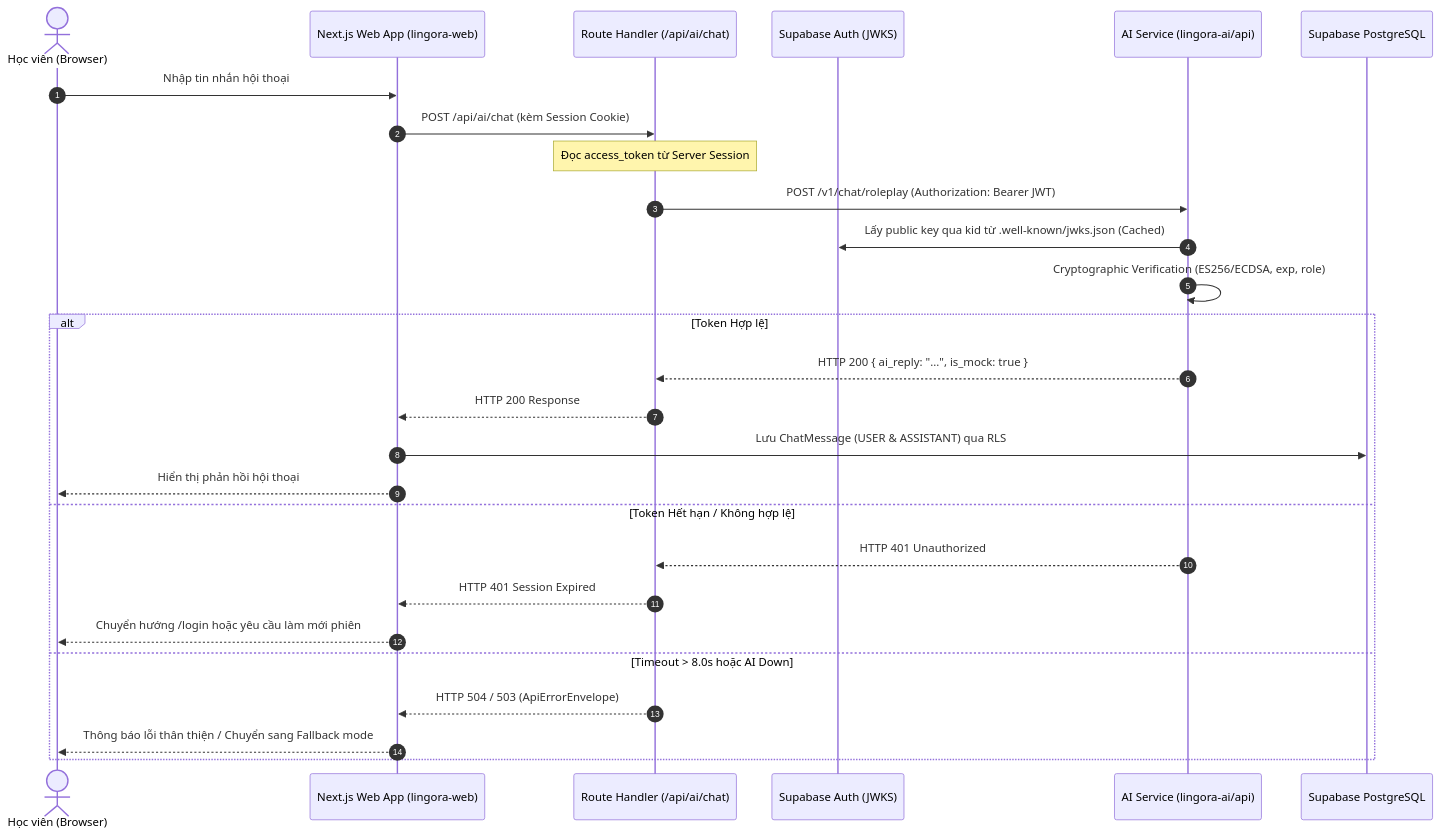
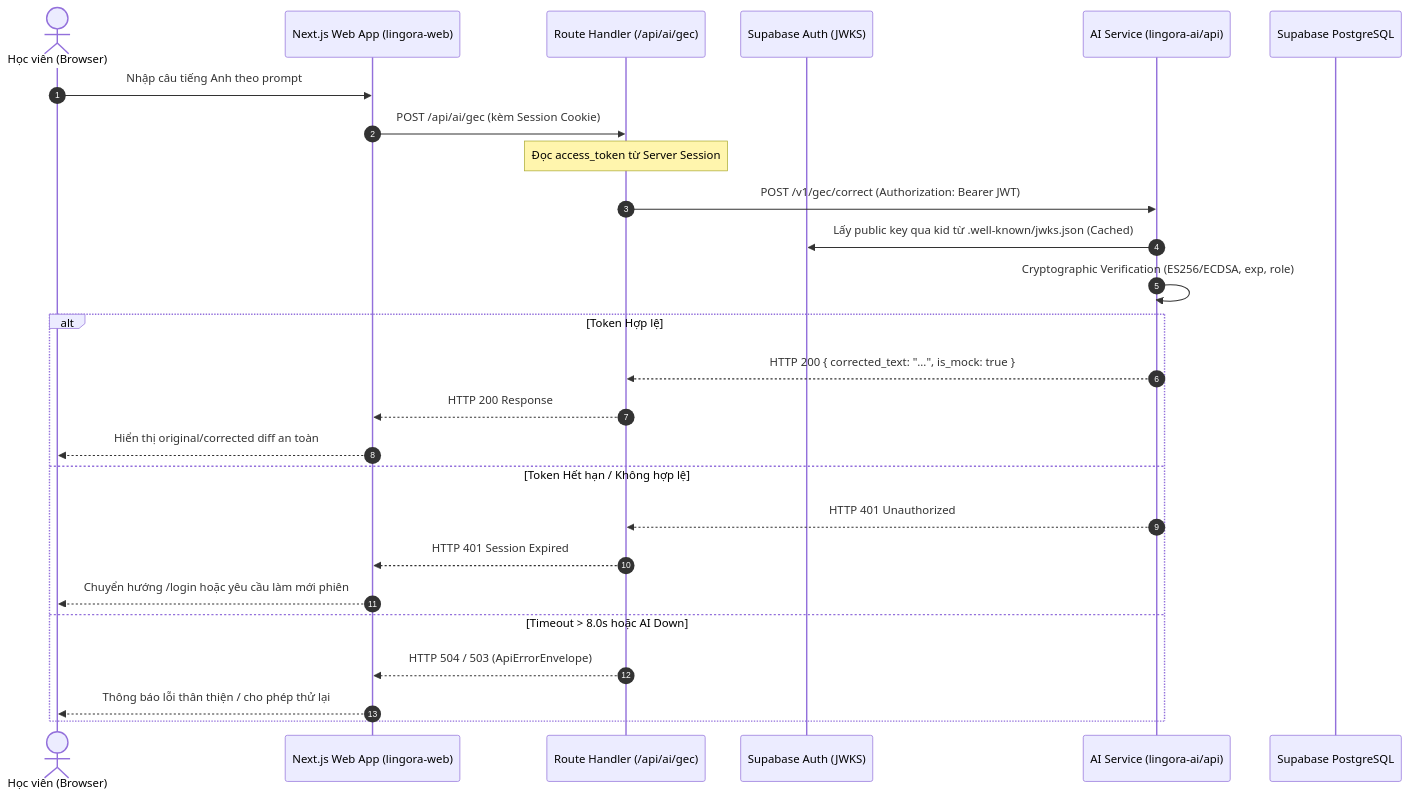
The second of 3 diagrams in docs/06-system-analysis.md (PhamNguyenThanhTung/lingora-workspace), drawn with Mermaid before and after one commit. The commit also changed other lines of this file and 16 other files, not shown here.

````diff
--- a/docs/06-system-analysis.md
+++ b/docs/06-system-analysis.md
@@ -185,30 +181,29 @@
 ```mermaid
 sequenceDiagram
     autonumber
     actor Learner as Học viên (Browser)
     participant NextWeb as Next.js Web App (lingora-web)
-    participant RouteHandler as Route Handler (/api/ai/chat)
+    participant RouteHandler as Route Handler (/api/ai/gec)
     participant SupaAuth as Supabase Auth (JWKS)
     participant FastAPI as AI Service (lingora-ai/api)
     participant SupaDB as Supabase PostgreSQL
 
-    Learner->>NextWeb: Nhập tin nhắn hội thoại
-    NextWeb->>RouteHandler: POST /api/ai/chat (kèm Session Cookie)
+    Learner->>NextWeb: Nhập câu tiếng Anh theo prompt
+    NextWeb->>RouteHandler: POST /api/ai/gec (kèm Session Cookie)
     Note over RouteHandler: Đọc access_token từ Server Session
-    RouteHandler->>FastAPI: POST /v1/chat/roleplay (Authorization: Bearer JWT)
+    RouteHandler->>FastAPI: POST /v1/gec/correct (Authorization: Bearer JWT)
     FastAPI->>SupaAuth: Lấy public key qua kid từ .well-known/jwks.json (Cached)
     FastAPI->>FastAPI: Cryptographic Verification (ES256/ECDSA, exp, role)
     alt Token Hợp lệ
-        FastAPI-->>RouteHandler: HTTP 200 { ai_reply: "...", is_mock: true }
+        FastAPI-->>RouteHandler: HTTP 200 { corrected_text: "...", is_mock: true }
         RouteHandler-->>NextWeb: HTTP 200 Response
-        NextWeb->>SupaDB: Lưu ChatMessage (USER & ASSISTANT) qua RLS
-        NextWeb-->>Learner: Hiển thị phản hồi hội thoại
+        NextWeb-->>Learner: Hiển thị original/corrected diff an toàn
     else Token Hết hạn / Không hợp lệ
         FastAPI-->>RouteHandler: HTTP 401 Unauthorized
         RouteHandler-->>NextWeb: HTTP 401 Session Expired
         NextWeb-->>Learner: Chuyển hướng /login hoặc yêu cầu làm mới phiên
     else Timeout > 8.0s hoặc AI Down
         RouteHandler-->>NextWeb: HTTP 504 / 503 (ApiErrorEnvelope)
-        NextWeb-->>Learner: Thông báo lỗi thân thiện / Chuyển sang Fallback mode
+        NextWeb-->>Learner: Thông báo lỗi thân thiện / cho phép thử lại
     end
 ```
````
